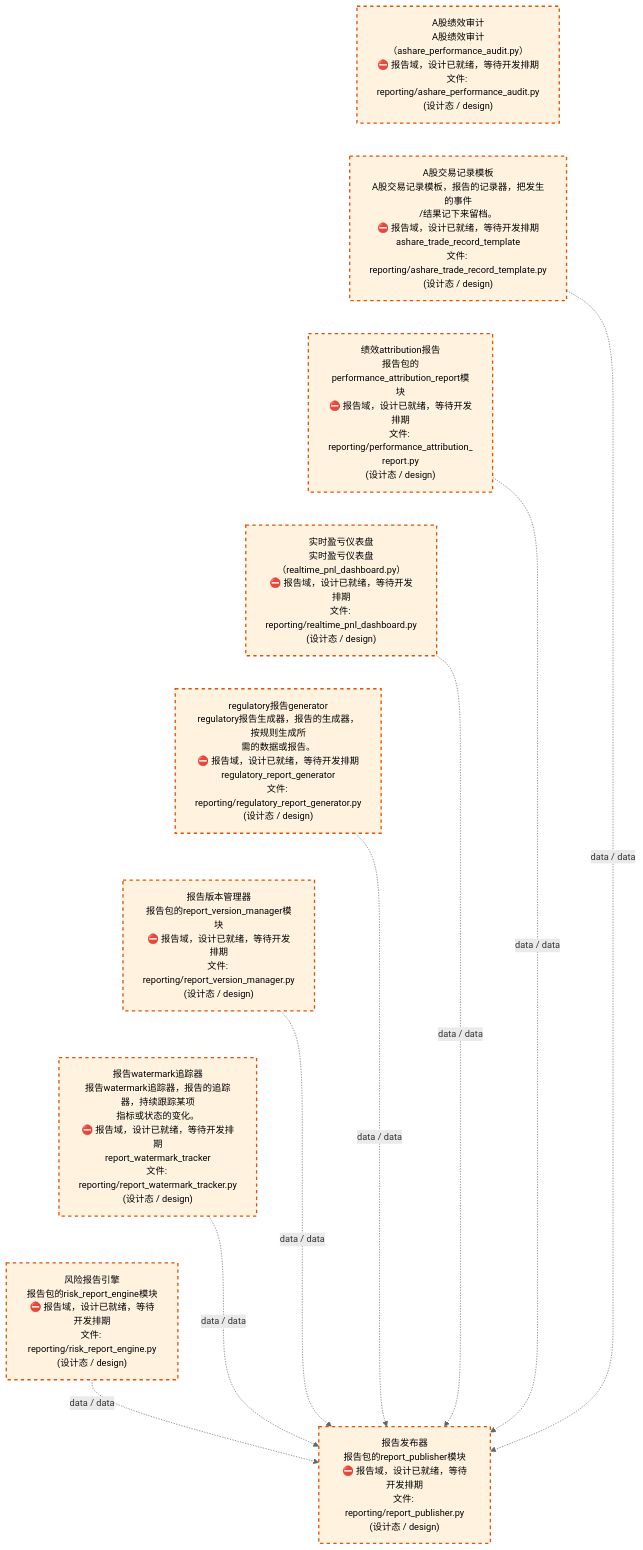
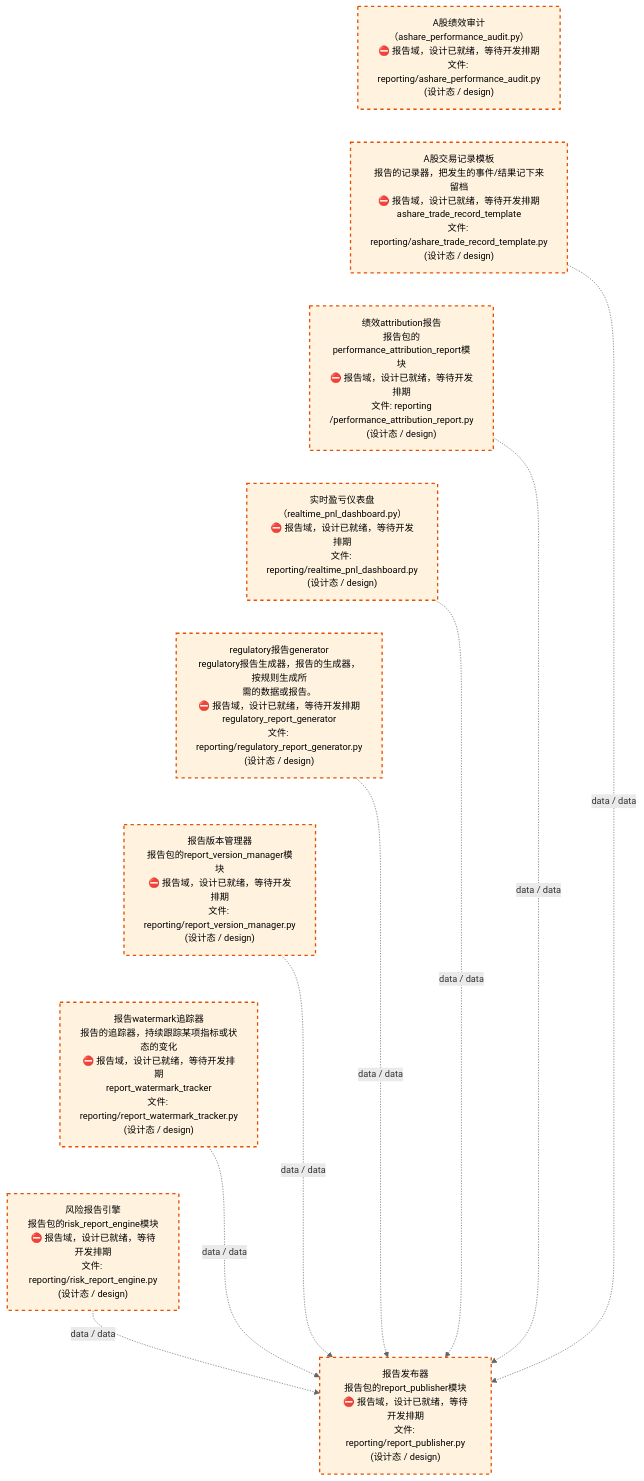
Before and after one commit to xuanFelixVan/ZephyrAlpha: the third of 4 diagrams in docs/02_enterprise_architecture/02_domain_architecture_docs/26_d_reporting.md, drawn with Mermaid. The commit also changed other lines of this file and 59 other files, not shown here.

````diff
--- a/docs/02_enterprise_architecture/02_domain_architecture_docs/26_d_reporting.md
+++ b/docs/02_enterprise_architecture/02_domain_architecture_docs/26_d_reporting.md
@@ -137,32 +137,32 @@
 ```mermaid
 %%{init: {'theme': 'base', 'themeVariables': {'primaryColor': '#eaeaea', 'primaryTextColor': '#333333', 'primaryBorderColor': '#666666', 'lineColor': '#666666', 'secondaryColor': '#eaeaea', 'tertiaryColor': '#eaeaea', 'fontSize': '14px'}}}%%
 flowchart TD
-    src_zephyr_reporting_ashare_performance_audit_py["A股绩效审计<br/>A股绩效审计（ashare_performance_audit.py）<br/>⛔ 报告域，设计已就绪，等待开发排期<br/>文件: reporting/ashare_performance_audit.py<br/>(设计态 / design)"]
-    src_zephyr_reporting_ashare_trade_record_template_py["A股交易记录模板<br/>A股交易记录模板，报告的记录器，把发生的事件<br/>/结果记下来留档。<br/>⛔ 报告域，设计已就绪，等待开发排期<br/>ashare_trade_record_template<br/>文件: reporting/ashare_trade_record_template.py<br/>(设计态 / design)"]
-    src_zephyr_reporting_performance_attribution_report_py["绩效attribution报告<br/>报告包的performance_attribution_report模块<br/>⛔ 报告域，设计已就绪，等待开发排期<br/>文件: reporting/performance_attribution_<br/>report.py<br/>(设计态 / design)"]
-    src_zephyr_reporting_realtime_pnl_dashboard_py["实时盈亏仪表盘<br/>实时盈亏仪表盘（realtime_pnl_dashboard.py）<br/>⛔ 报告域，设计已就绪，等待开发排期<br/>文件: reporting/realtime_pnl_dashboard.py<br/>(设计态 / design)"]
+    src_zephyr_reporting_ashare_performance_audit_py["A股绩效审计<br/>（ashare_performance_audit.py）<br/>⛔ 报告域，设计已就绪，等待开发排期<br/>文件: reporting/ashare_performance_audit.py<br/>(设计态 / design)"]
+    src_zephyr_reporting_ashare_trade_record_template_py["A股交易记录模板<br/>报告的记录器，把发生的事件/结果记下来留档<br/>⛔ 报告域，设计已就绪，等待开发排期<br/>ashare_trade_record_template<br/>文件: reporting/ashare_trade_record_template.py<br/>(设计态 / design)"]
+    src_zephyr_reporting_performance_attribution_report_py["绩效attribution报告<br/>报告包的performance_attribution_report模块<br/>⛔ 报告域，设计已就绪，等待开发排期<br/>文件: reporting<br/>/performance_attribution_report.py<br/>(设计态 / design)"]
+    src_zephyr_reporting_realtime_pnl_dashboard_py["实时盈亏仪表盘<br/>（realtime_pnl_dashboard.py）<br/>⛔ 报告域，设计已就绪，等待开发排期<br/>文件: reporting/realtime_pnl_dashboard.py<br/>(设计态 / design)"]
     src_zephyr_reporting_regulatory_report_generator_py["regulatory报告generator<br/>regulatory报告生成器，报告的生成器，按规则生成所<br/>需的数据或报告。<br/>⛔ 报告域，设计已就绪，等待开发排期<br/>regulatory_report_generator<br/>文件: reporting/regulatory_report_generator.py<br/>(设计态 / design)"]
     src_zephyr_reporting_report_version_manager_py["报告版本管理器<br/>报告包的report_version_manager模块<br/>⛔ 报告域，设计已就绪，等待开发排期<br/>文件: reporting/report_version_manager.py<br/>(设计态 / design)"]
-    src_zephyr_reporting_report_watermark_tracker_py["报告watermark追踪器<br/>报告watermark追踪器，报告的追踪器，持续跟踪某项<br/>指标或状态的变化。<br/>⛔ 报告域，设计已就绪，等待开发排期<br/>report_watermark_tracker<br/>文件: reporting/report_watermark_tracker.py<br/>(设计态 / design)"]
+    src_zephyr_reporting_report_watermark_tracker_py["报告watermark追踪器<br/>报告的追踪器，持续跟踪某项指标或状态的变化<br/>⛔ 报告域，设计已就绪，等待开发排期<br/>report_watermark_tracker<br/>文件: reporting/report_watermark_tracker.py<br/>(设计态 / design)"]
     src_zephyr_reporting_risk_report_engine_py["风险报告引擎<br/>报告包的risk_report_engine模块<br/>⛔ 报告域，设计已就绪，等待开发排期<br/>文件: reporting/risk_report_engine.py<br/>(设计态 / design)"]
     src_zephyr_reporting_ashare_performance_audit_py ~~~ src_zephyr_reporting_ashare_trade_record_template_py
     src_zephyr_reporting_ashare_trade_record_template_py ~~~ src_zephyr_reporting_performance_attribution_report_py
     src_zephyr_reporting_performance_attribution_report_py ~~~ src_zephyr_reporting_realtime_pnl_dashboard_py
     src_zephyr_reporting_realtime_pnl_dashboard_py ~~~ src_zephyr_reporting_regulatory_report_generator_py
     src_zephyr_reporting_regulatory_report_generator_py ~~~ src_zephyr_reporting_report_version_manager_py
     src_zephyr_reporting_report_version_manager_py ~~~ src_zephyr_reporting_report_watermark_tracker_py
     src_zephyr_reporting_report_watermark_tracker_py ~~~ src_zephyr_reporting_risk_report_engine_py
     src_zephyr_reporting_report_publisher_py["报告发布器<br/>报告包的report_publisher模块<br/>⛔ 报告域，设计已就绪，等待开发排期<br/>文件: reporting/report_publisher.py<br/>(设计态 / design)"]
     src_zephyr_reporting_ashare_trade_record_template_py -.->|data / data| src_zephyr_reporting_report_publisher_py
     src_zephyr_reporting_realtime_pnl_dashboard_py -.->|data / data| src_zephyr_reporting_report_publisher_py
     src_zephyr_reporting_regulatory_report_generator_py -.->|data / data| src_zephyr_reporting_report_publisher_py
     src_zephyr_reporting_risk_report_engine_py -.->|data / data| src_zephyr_reporting_report_publisher_py
     src_zephyr_reporting_report_version_manager_py -.->|data / data| src_zephyr_reporting_report_publisher_py
     src_zephyr_reporting_performance_attribution_report_py -.->|data / data| src_zephyr_reporting_report_publisher_py
     src_zephyr_reporting_report_watermark_tracker_py -.->|data / data| src_zephyr_reporting_report_publisher_py
     classDef production fill:#e1f5fe,stroke:#01579b,stroke-width:2px,color:#000
     classDef design fill:#fff3e0,stroke:#e65100,stroke-width:2px,color:#000,stroke-dasharray: 5 5
     classDef external_prod fill:#e8f4fd,stroke:#0277bd,stroke-width:1px,color:#000
     classDef external_design fill:#fff8e7,stroke:#ef6c00,stroke-width:1px,color:#000,stroke-dasharray: 5 5
     class src_zephyr_reporting_ashare_performance_audit_py,src_zephyr_reporting_ashare_trade_record_template_py,src_zephyr_reporting_performance_attribution_report_py,src_zephyr_reporting_realtime_pnl_dashboard_py,src_zephyr_reporting_regulatory_report_generator_py,src_zephyr_reporting_report_publisher_py,src_zephyr_reporting_report_version_manager_py,src_zephyr_reporting_report_watermark_tracker_py,src_zephyr_reporting_risk_report_engine_py design
 ```
````
